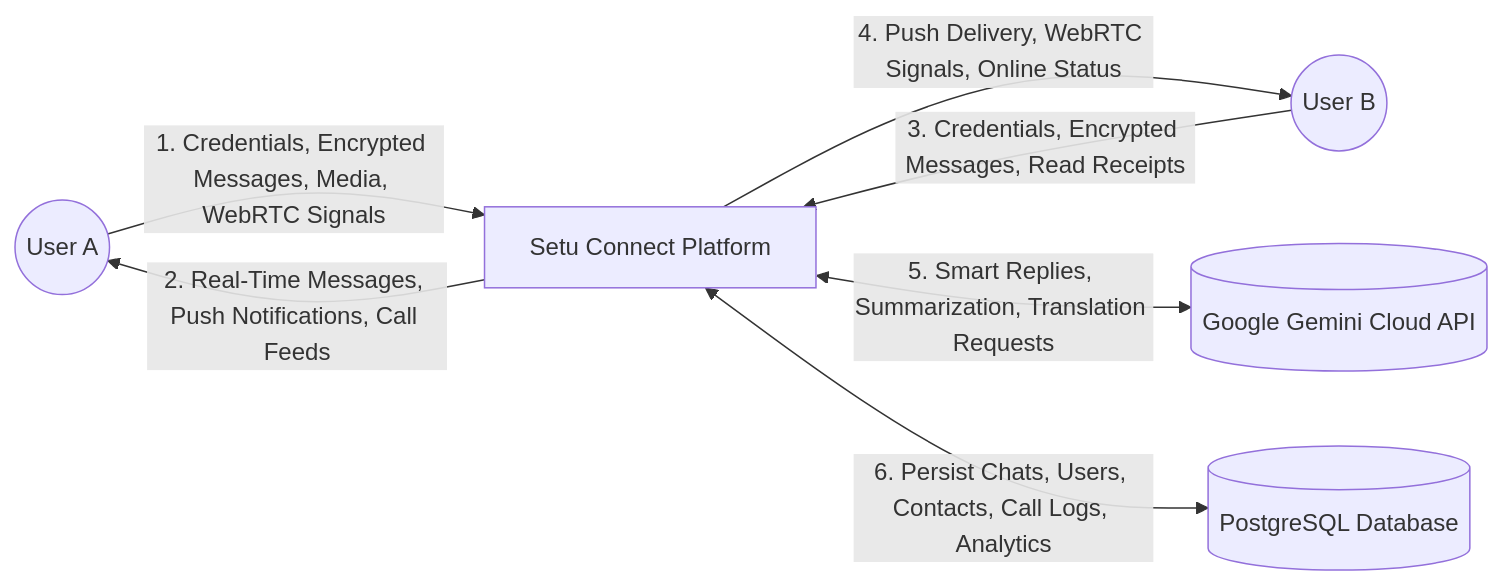
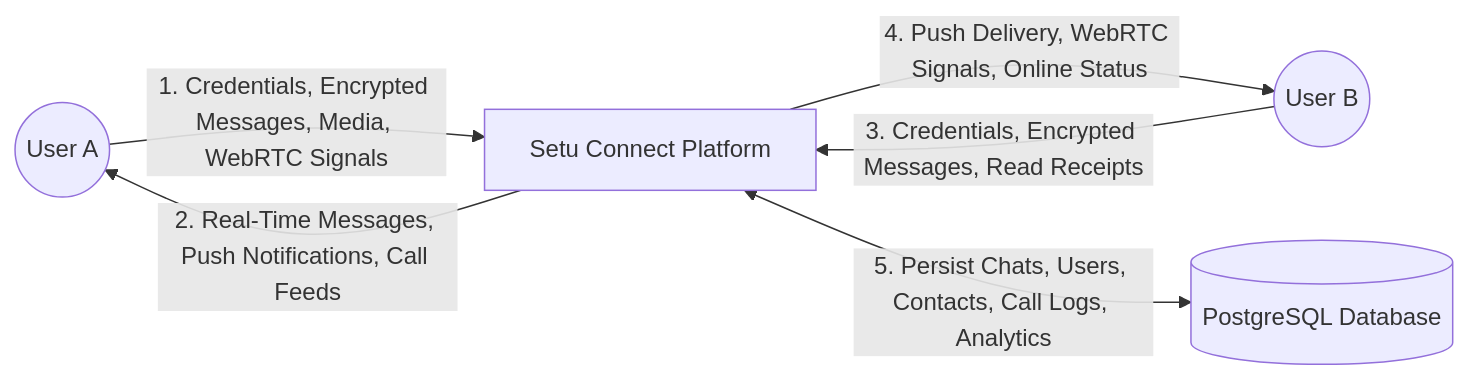
One commit to neeteshdixit/Internship-project changed the second of 8 diagrams in realtime-chat-app/system_design_and_model_submission.md. Above: the diagram before and after it, drawn with Mermaid. The commit also changed other lines of this file and 8 other files, not shown here.

````diff
--- a/realtime-chat-app/system_design_and_model_submission.md
+++ b/realtime-chat-app/system_design_and_model_submission.md
@@ -120,17 +106,15 @@
 ```mermaid
 flowchart LR
     UserA((User A))
     UserB((User B))
     SetuSystem[Setu Connect Platform]
-    GeminiCloud[(Google Gemini Cloud API)]
     PostgresStore[(PostgreSQL Database)]
 
     UserA -->|1. Credentials, Encrypted Messages, Media, WebRTC Signals| SetuSystem
     SetuSystem -->|2. Real-Time Messages, Push Notifications, Call Feeds| UserA
 
     UserB -->|3. Credentials, Encrypted Messages, Read Receipts| SetuSystem
     SetuSystem -->|4. Push Delivery, WebRTC Signals, Online Status| UserB
 
-    SetuSystem <-->|5. Smart Replies, Summarization, Translation Requests| GeminiCloud
-    SetuSystem <-->|6. Persist Chats, Users, Contacts, Call Logs, Analytics| PostgresStore
+    SetuSystem <-->|5. Persist Chats, Users, Contacts, Call Logs, Analytics| PostgresStore
 ```
````
